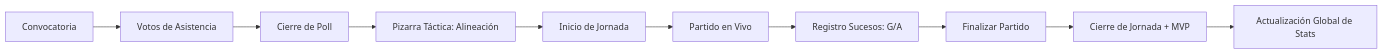
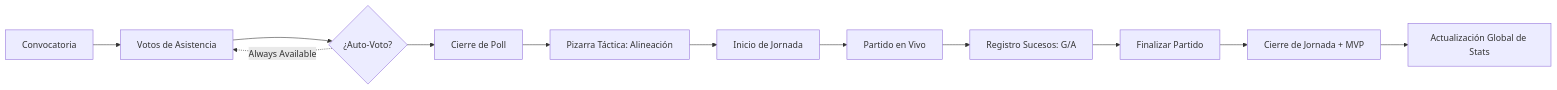
The second of 2 diagrams in docs/architecture.md (YeibiBlund/JB-SQUAD-ELITE), drawn with Mermaid before and after one commit. The commit also changed other lines of this file and 5 other files, not shown here.

````diff
--- a/docs/architecture.md
+++ b/docs/architecture.md
@@ -42,12 +42,14 @@
 ```mermaid
 graph LR
     A[Convocatoria] --> B[Votos de Asistencia]
-    B --> C[Cierre de Poll]
+    B --> B2{¿Auto-Voto?}
+    B2 --> C[Cierre de Poll]
+    B2 -.->|Always Available| B
     C --> D[Pizarra Táctica: Alineación]
     D --> E[Inicio de Jornada]
     E --> F[Partido en Vivo]
     F --> G[Registro Sucesos: G/A]
     G --> H[Finalizar Partido]
     H --> I[Cierre de Jornada + MVP]
     I --> J[Actualización Global de Stats]
 ```
````
